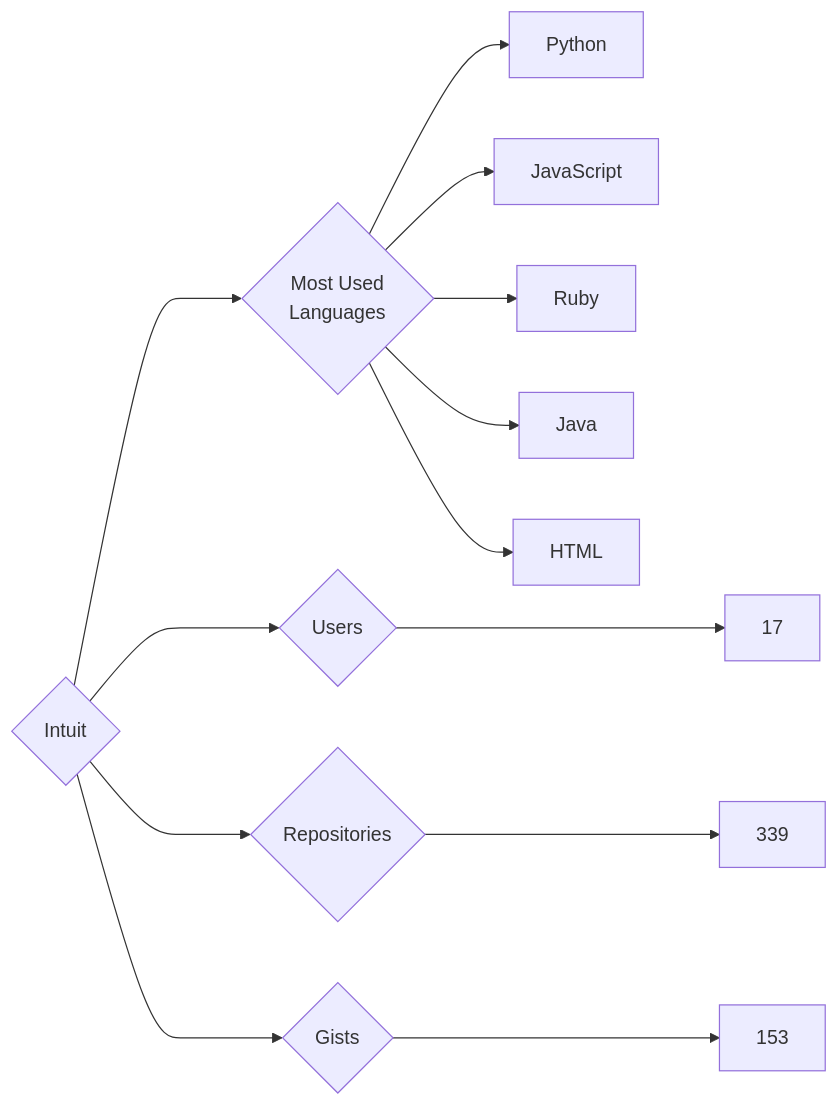
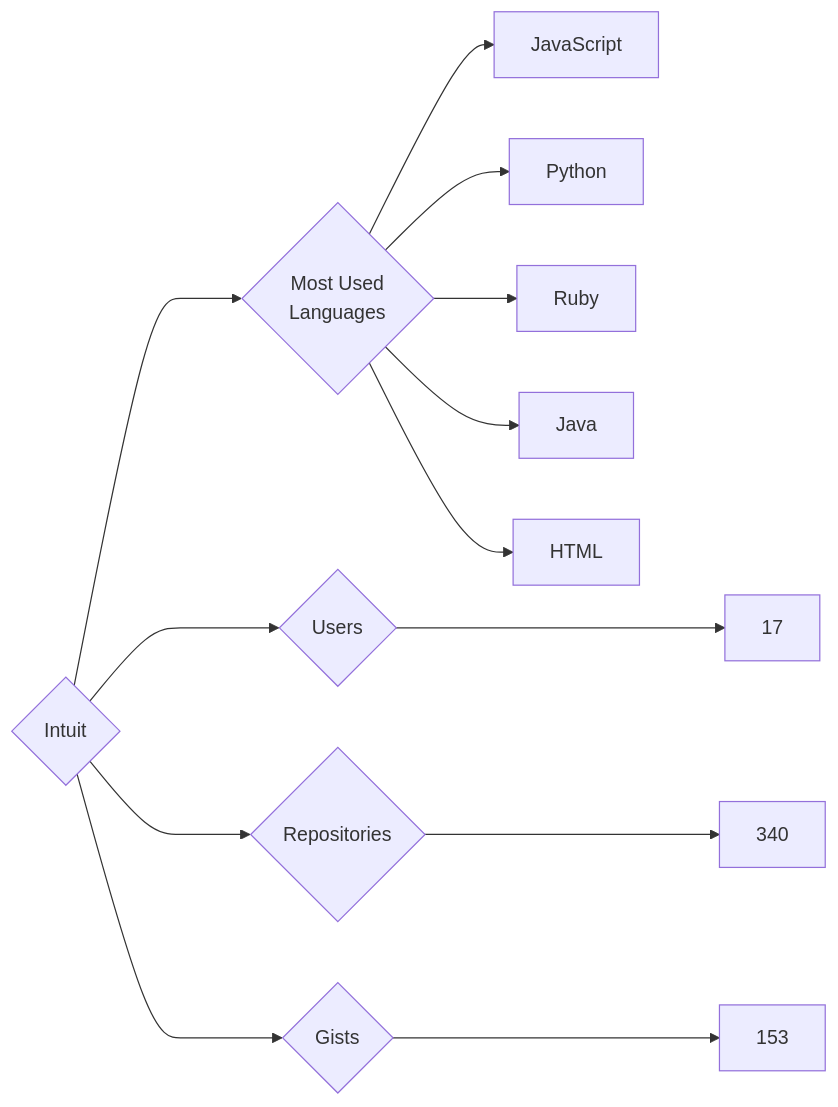
Before and after one commit to trickest/insiders: the diagram in targets/Intuit/README.md, drawn with Mermaid. The commit also changed 682 other files, not shown here.

````diff
--- a/targets/Intuit/README.md
+++ b/targets/Intuit/README.md
@@ -3,13 +3,13 @@
 ```mermaid
 graph LR
 COMPANY_NAME{Intuit}
 COMPANY_NAME ---> U{Users} ---> UN[17]
-COMPANY_NAME ---> R{Repositories} ---> RN[339]
+COMPANY_NAME ---> R{Repositories} ---> RN[340]
 COMPANY_NAME ---> G{Gists} ---> GN[153]
 COMPANY_NAME ---> ML{Most Used<br>Languages}
+ML --> JavaScript[JavaScript]
 ML --> Python[Python]
-ML --> JavaScript[JavaScript]
 ML --> Ruby[Ruby]
 ML --> Java[Java]
 ML --> HTML[HTML]
 ```
````
